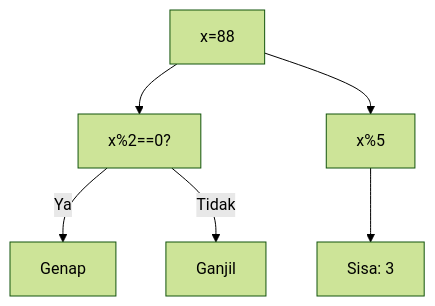
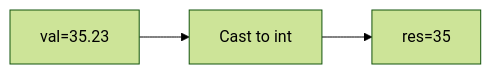
One commit to amnahwaida/OSNK_INF_PREP changed diagram 18 of 25 in part-c-pemahaman-cpp/01-tipe-data/latihan/set-10.md. Above: the diagram before and after it, drawn with Mermaid (forest theme). The commit also changed other lines of this file and 71 other files, not shown here.

````diff
--- a/part-c-pemahaman-cpp/01-tipe-data/latihan/set-10.md
+++ b/part-c-pemahaman-cpp/01-tipe-data/latihan/set-10.md
@@ -557,8 +487,5 @@
 ```mermaid
-graph TD
-A["x=88"] --> B["x%2==0?"]
-B -- Ya --> C["Genap"]
-B -- Tidak --> D["Ganjil"]
-A --> E["x%5"]
-E --> F["Sisa: 3"]
+graph LR
+A["val=35.23"] --> B["Cast to int"]
+B --> C["res=35"]
 ```
````
